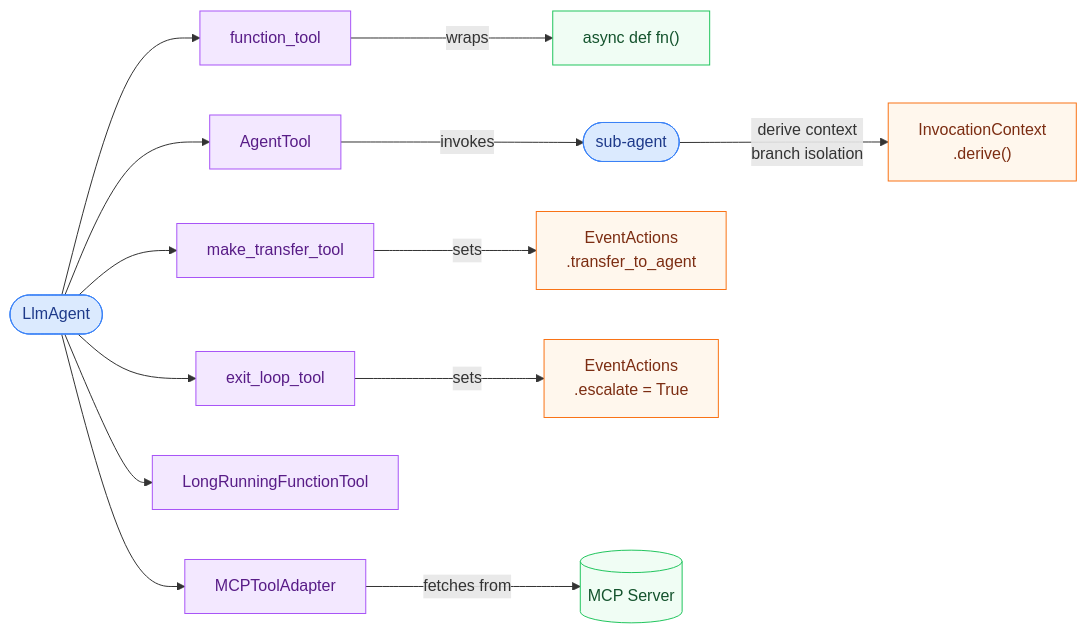
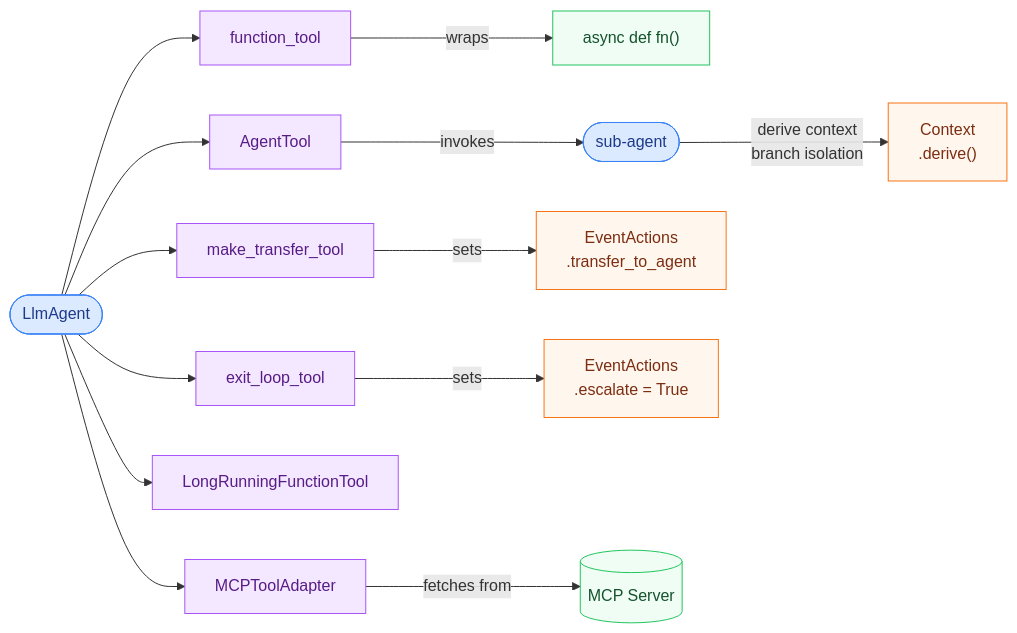
One commit to NicolaiLassen/orxhestra changed the diagram in docs/tools/overview.md. Above: the diagram before and after it, drawn with Mermaid. The commit also changed other lines of this file and 46 other files, not shown here.

````diff
--- a/docs/tools/overview.md
+++ b/docs/tools/overview.md
@@ -3,23 +3,23 @@
 ```mermaid
 flowchart LR
     classDef agent fill:#dbeafe,stroke:#3b82f6,color:#1e3a8a
     classDef tool fill:#f3e8ff,stroke:#a855f7,color:#581c87
     classDef effect fill:#fff7ed,stroke:#f97316,color:#7c2d12
     classDef external fill:#f0fdf4,stroke:#22c55e,color:#14532d
 
     A([LlmAgent]):::agent
 
     A --> FT[function_tool]:::tool
     A --> AT[AgentTool]:::tool
     A --> TT[make_transfer_tool]:::tool
     A --> EL[exit_loop_tool]:::tool
     A --> LR[LongRunningFunctionTool]:::tool
     A --> MCP[MCPToolAdapter]:::tool
 
     FT -->|wraps| Fn["async def fn()"]:::external
     AT -->|invokes| SA([sub-agent]):::agent
-    SA -->|derive context\nbranch isolation| IC["InvocationContext\n.derive()"]:::effect
+    SA -->|derive context\nbranch isolation| IC["Context\n.derive()"]:::effect
     TT -->|sets| EA1["EventActions\n.transfer_to_agent"]:::effect
     EL -->|sets| EA2["EventActions\n.escalate = True"]:::effect
     MCP -->|fetches from| MS[("MCP Server")]:::external
 ```
````
